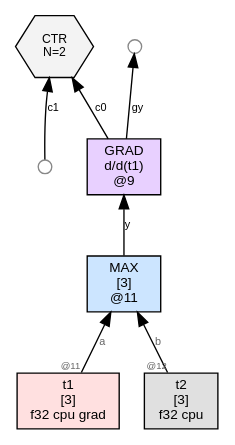
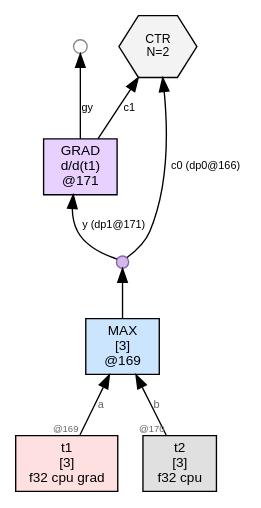
One commit to sw1sh/TinyHVM changed the diagram in wl/examples/thvm_graphs/grad_rules/max/thvm_0_pre_reduce.dot. Above: the diagram before and after it, drawn with Graphviz. The commit also changed 193 other files, not shown here.

```diff
--- a/wl/examples/thvm_graphs/grad_rules/max/thvm_0_pre_reduce.dot
+++ b/wl/examples/thvm_graphs/grad_rules/max/thvm_0_pre_reduce.dot
@@ -1,19 +1,20 @@
 digraph G {
   rankdir=BT;
   node [fontname="Helvetica", fontsize=10, style=filled, shape=box, margin="0.1,0.05"];
   edge [fontsize=8, fontname="Helvetica"];
 
-  n9 [label="GRAD\nd/d(t1)\n@9", shape=box, fillcolor="#e8d0ff"];
-  n11 -> n9 [label="y"];
-  free9_1 [label="",shape=circle,width=0.14,height=0.14,fixedsize=true,fillcolor="#ffffff",color="#888888",fontsize=1];
-  n9 -> free9_1 [label="gy"];
-  n11 [label="MAX\n[3]\n@11", shape=box, fillcolor="#cce5ff"];
+  n171 [label="GRAD\nd/d(t1)\n@171", shape=box, fillcolor="#e8d0ff"];
+  dup168 [label="", shape=circle, width=0.12, height=0.12, fixedsize=true, fillcolor="#d4b8e8", color="#8a63b7", fontsize=1];
+  n169 -> dup168;
+  dup168 -> n171 [label="y (dp1@171)"];
+  free171_1 [label="",shape=circle,width=0.14,height=0.14,fixedsize=true,fillcolor="#ffffff",color="#888888",fontsize=1];
+  n171 -> free171_1 [label="gy"];
+  n169 [label="MAX\n[3]\n@169", shape=box, fillcolor="#cce5ff"];
   t1 [label="t1\n[3]\nf32 cpu grad",shape=box,fillcolor="#ffe0e0"];
-  t1 -> n11 [label="a",taillabel="@11",labelfontsize=7,fontcolor="#666666"];
+  t1 -> n169 [label="a",taillabel="@169",labelfontsize=7,fontcolor="#666666"];
   t2 [label="t2\n[3]\nf32 cpu",shape=box,fillcolor="#e0e0e0"];
-  t2 -> n11 [label="b",taillabel="@12",labelfontsize=7,fontcolor="#666666"];
-  ctr7 [label="CTR\nN=2", shape=hexagon, fillcolor="#f3f3f3", fontsize=9];
-  n9 -> ctr7 [label="c0"];
-  free7_1 [label="",shape=circle,width=0.14,height=0.14,fixedsize=true,fillcolor="#ffffff",color="#888888",fontsize=1];
-  free7_1 -> ctr7 [label="c1"];
+  t2 -> n169 [label="b",taillabel="@170",labelfontsize=7,fontcolor="#666666"];
+  ctr166 [label="CTR\nN=2", shape=hexagon, fillcolor="#f3f3f3", fontsize=9];
+  dup168 -> ctr166 [label="c0 (dp0@166)"];
+  n171 -> ctr166 [label="c1"];
 }
```
